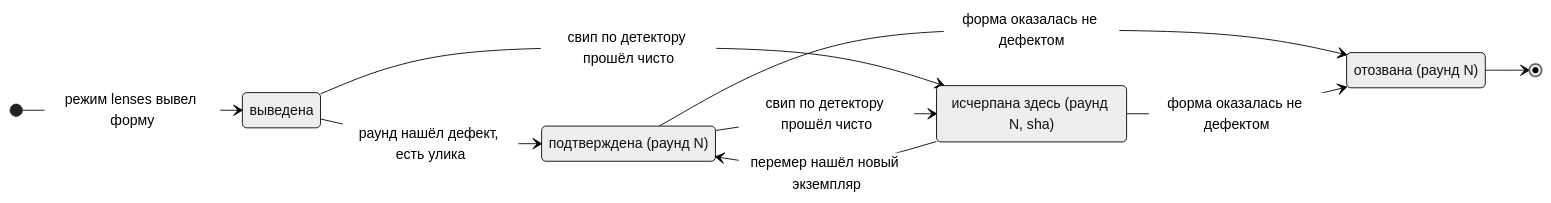
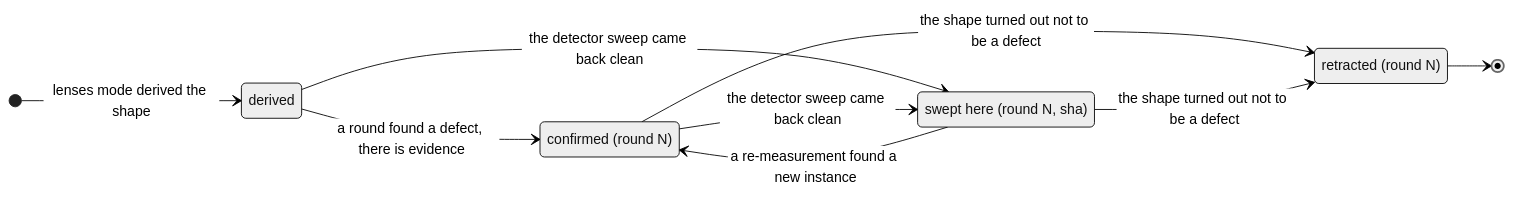
Before and after one commit to nogipx/rpc_dart: the second of 2 diagrams in .claude/skills/improvement-loop/references/model.md, drawn with Mermaid (neutral theme). The commit also changed other lines of this file and 118 other files, not shown here.

````diff
--- a/.claude/skills/improvement-loop/references/model.md
+++ b/.claude/skills/improvement-loop/references/model.md
@@ -120,17 +121,17 @@
 ```mermaid
 stateDiagram-v2
     direction LR
-    state "выведена" as derived
-    state "подтверждена (раунд N)" as confirmed
-    state "исчерпана здесь (раунд N, sha)" as swept
-    state "отозвана (раунд N)" as retracted
+    state "derived" as derived
+    state "confirmed (round N)" as confirmed
+    state "swept here (round N, sha)" as swept
+    state "retracted (round N)" as retracted
 
-    [*] --> derived: режим lenses вывел форму
-    derived --> confirmed: раунд нашёл дефект, есть улика
-    derived --> swept: свип по детектору прошёл чисто
-    confirmed --> swept: свип по детектору прошёл чисто
-    swept --> confirmed: перемер нашёл новый экземпляр
-    confirmed --> retracted: форма оказалась не дефектом
-    swept --> retracted: форма оказалась не дефектом
+    [*] --> derived: lenses mode derived the shape
+    derived --> confirmed: a round found a defect, there is evidence
+    derived --> swept: the detector sweep came back clean
+    confirmed --> swept: the detector sweep came back clean
+    swept --> confirmed: a re-measurement found a new instance
+    confirmed --> retracted: the shape turned out not to be a defect
+    swept --> retracted: the shape turned out not to be a defect
     retracted --> [*]
 ```
````
